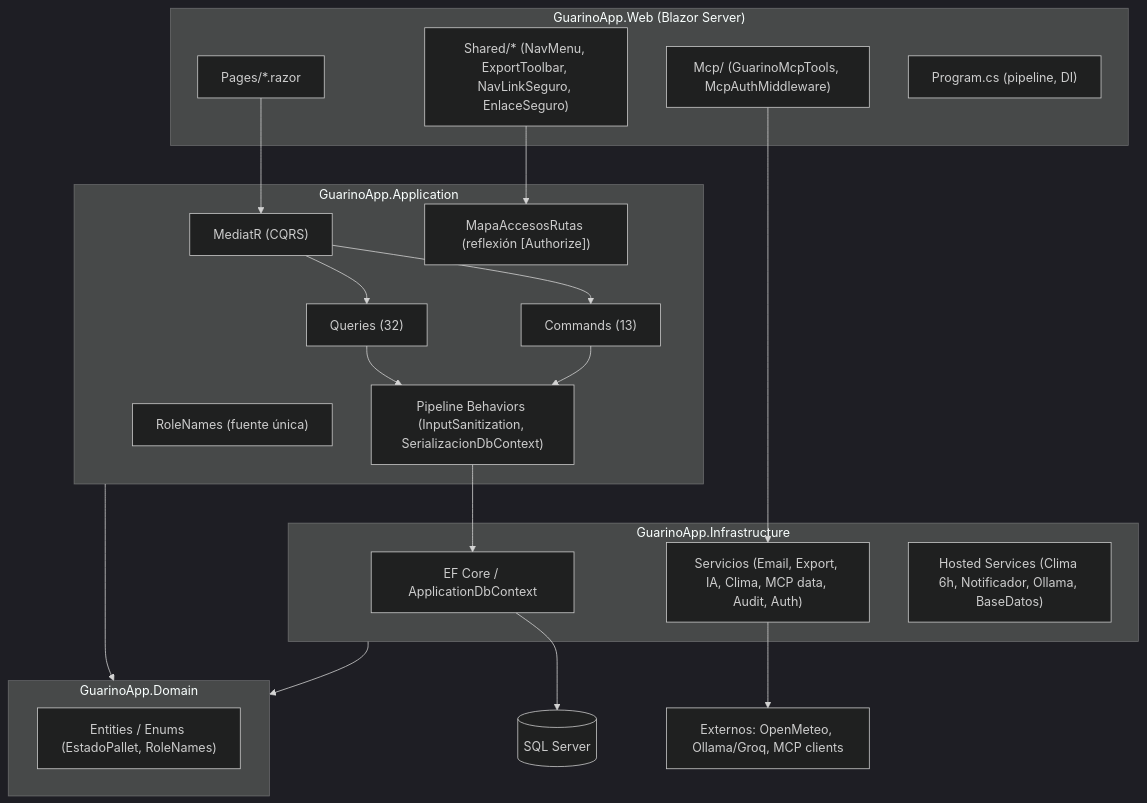
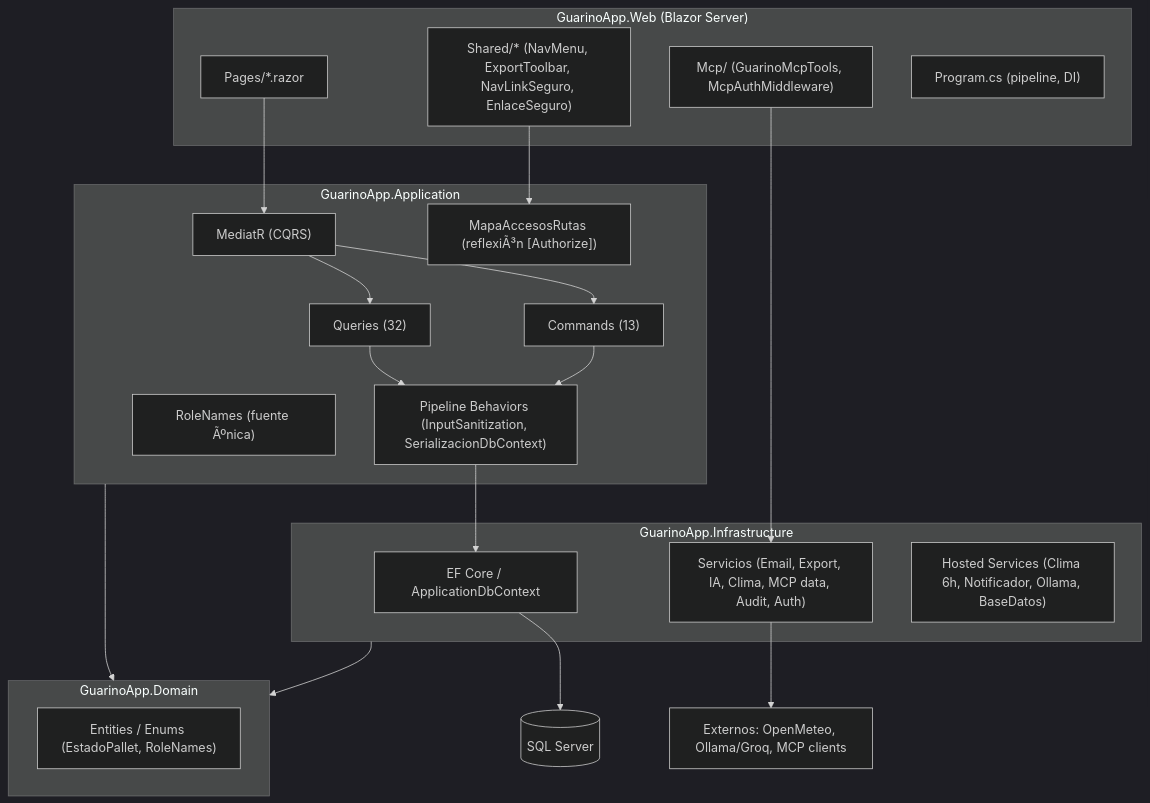
One commit to adrian-silva-uy/guarino changed the first of 11 diagrams in docs/diagramas.md. Above: the diagram before and after it, drawn with Mermaid (dark theme). The commit also changed other lines of this file, not shown here.

Commit message:
Fix: corrige diagrama 'Flujo de consultas de datos' (semicolon en mensaje sequenceDiagram rompia el parser Mermaid)

````diff
--- a/docs/diagramas.md
+++ b/docs/diagramas.md
@@ -9,40 +9,40 @@
 ```mermaid
 graph TB
     subgraph Web["GuarinoApp.Web (Blazor Server)"]
         Pages["Pages/*.razor"]
         Shared["Shared/* (NavMenu, ExportToolbar, NavLinkSeguro, EnlaceSeguro)"]
         Mcp["Mcp/ (GuarinoMcpTools, McpAuthMiddleware)"]
         Program["Program.cs (pipeline, DI)"]
     end
     subgraph App["GuarinoApp.Application"]
         MediatR["MediatR (CQRS)"]
         Cmds["Commands (13)"]
         Qrys["Queries (32)"]
         Beh["Pipeline Behaviors (InputSanitization, SerializacionDbContext)"]
-        RoleNames["RoleNames (fuente única)"]
-        Mapa["MapaAccesosRutas (reflexión [Authorize])"]
+        RoleNames["RoleNames (fuente Ãºnica)"]
+        Mapa["MapaAccesosRutas (reflexiÃ³n [Authorize])"]
     end
     subgraph Infra["GuarinoApp.Infrastructure"]
         EF["EF Core / ApplicationDbContext"]
         Svc["Servicios (Email, Export, IA, Clima, MCP data, Audit, Auth)"]
         Hosted["Hosted Services (Clima 6h, Notificador, Ollama, BaseDatos)"]
     end
     subgraph Dom["GuarinoApp.Domain"]
         Ent["Entities / Enums (EstadoPallet, RoleNames)"]
     end
     DB[("SQL Server")]
     EXT["Externos: OpenMeteo, Ollama/Groq, MCP clients"]
 
     Pages --> MediatR
     Shared --> Mapa
     Mcp --> Svc
     MediatR --> Cmds
     MediatR --> Qrys
     Cmds --> Beh
     Qrys --> Beh
     Beh --> EF
     EF --> DB
     Svc --> EXT
     App --> Dom
     Infra --> Dom
 ```
````
